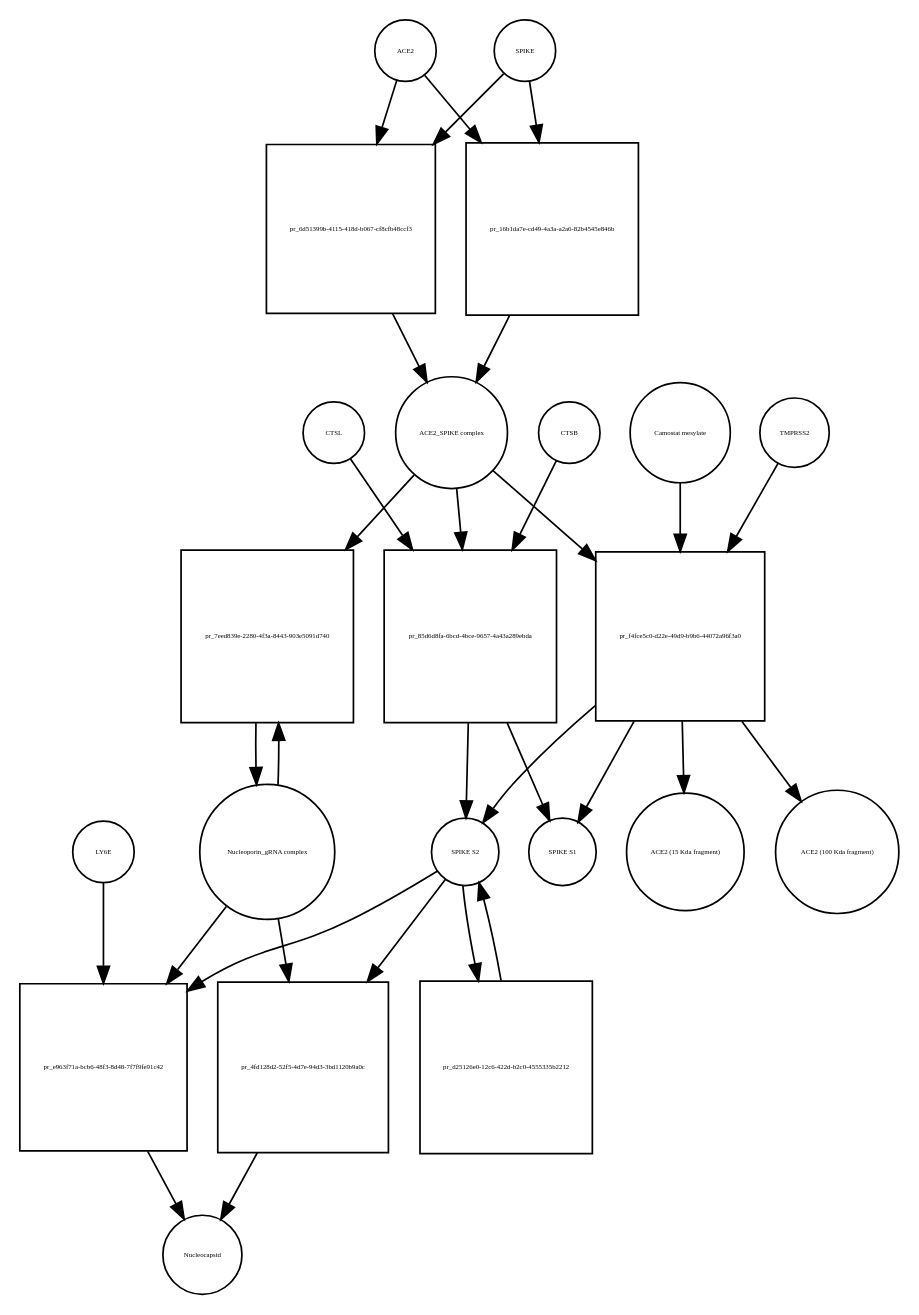
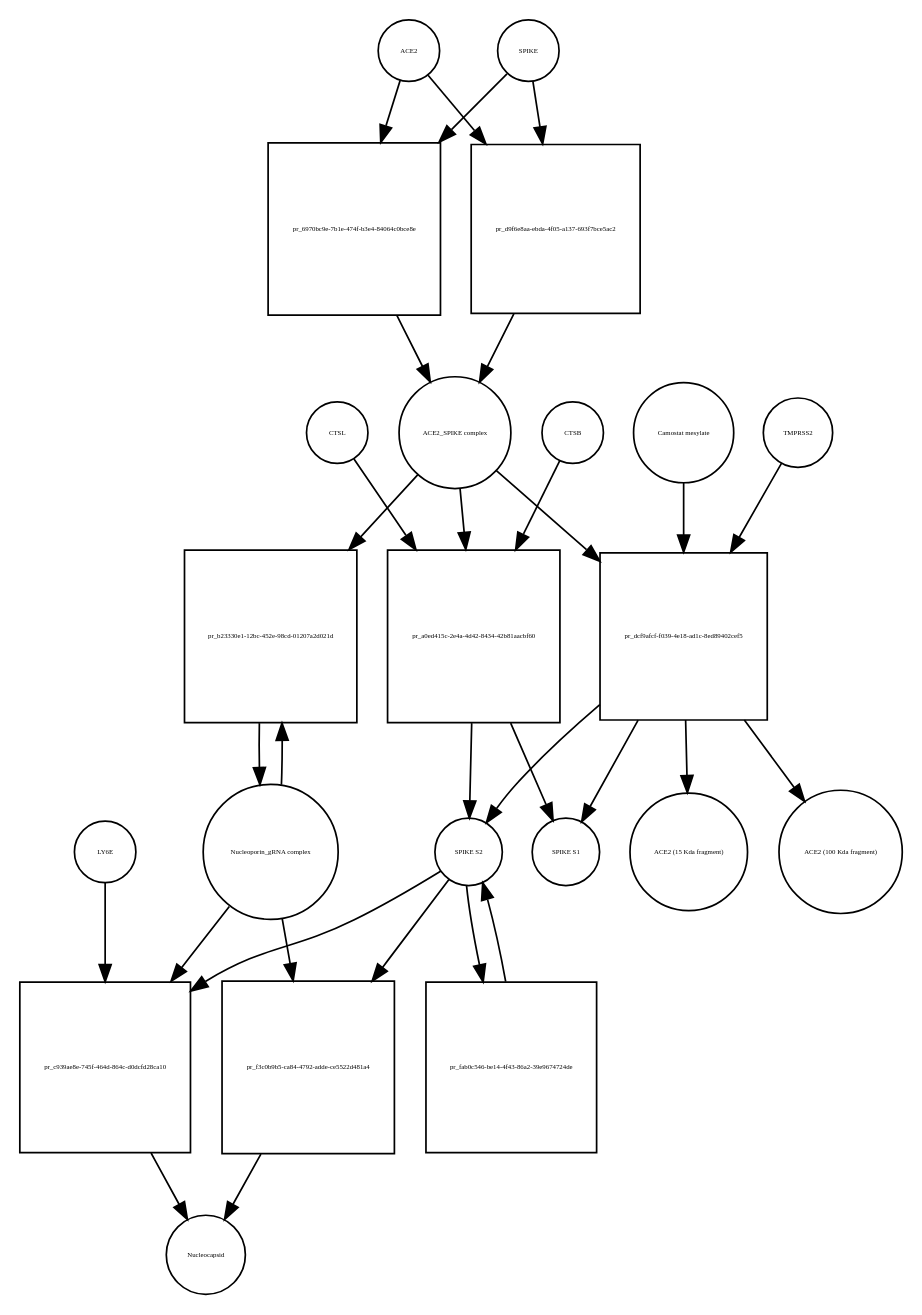
Before and after one commit to cannin/covid19-sbgn: the diagram in Virus_replication_cycle_V02.xml_bipartite.dot, drawn with Graphviz. The commit also changed 637 other files, not shown here.

```diff
--- a/Virus_replication_cycle_V02.xml_bipartite.dot
+++ b/Virus_replication_cycle_V02.xml_bipartite.dot
@@ -1,54 +1,54 @@
 strict digraph  {
 ACE2 [annotation="", bipartite=0, cls=macromolecule, fontsize=4, label=ACE2, shape=circle];
-"pr_6d51399b-4115-418d-b067-cf8cfb48ccf3" [annotation="", bipartite=1, cls=process, fontsize=4, label="pr_6d51399b-4115-418d-b067-cf8cfb48ccf3", shape=square];
+"pr_6970bc9e-7b1e-474f-b3e4-84064c0bce8e" [annotation="", bipartite=1, cls=process, fontsize=4, label="pr_6970bc9e-7b1e-474f-b3e4-84064c0bce8e", shape=square];
 "ACE2_SPIKE complex" [annotation="", bipartite=0, cls=complex, fontsize=4, label="ACE2_SPIKE complex", shape=circle];
 SPIKE [annotation="", bipartite=0, cls="macromolecule multimer", fontsize=4, label=SPIKE, shape=circle];
 "Nucleoporin_gRNA complex " [annotation="", bipartite=0, cls=complex, fontsize=4, label="Nucleoporin_gRNA complex ", shape=circle];
-"pr_7eed839e-2280-4f3a-8443-903e5091d740" [annotation="", bipartite=1, cls=process, fontsize=4, label="pr_7eed839e-2280-4f3a-8443-903e5091d740", shape=square];
-"pr_85d6d8fa-6bcd-4bce-9657-4a43a289ebda" [annotation="", bipartite=1, cls=process, fontsize=4, label="pr_85d6d8fa-6bcd-4bce-9657-4a43a289ebda", shape=square];
+"pr_b23330e1-12bc-452e-98cd-01207a2d021d" [annotation="", bipartite=1, cls=process, fontsize=4, label="pr_b23330e1-12bc-452e-98cd-01207a2d021d", shape=square];
+"pr_a0ed415c-2e4a-4d42-8434-42b81aacbf60" [annotation="", bipartite=1, cls=process, fontsize=4, label="pr_a0ed415c-2e4a-4d42-8434-42b81aacbf60", shape=square];
 "SPIKE S2" [annotation="", bipartite=0, cls=macromolecule, fontsize=4, label="SPIKE S2", shape=circle];
 CTSB [annotation="", bipartite=0, cls=macromolecule, fontsize=4, label=CTSB, shape=circle];
 CTSL [annotation="", bipartite=0, cls=macromolecule, fontsize=4, label=CTSL, shape=circle];
 "SPIKE S1" [annotation="", bipartite=0, cls=macromolecule, fontsize=4, label="SPIKE S1", shape=circle];
-"pr_f4fce5c0-d22e-49d9-b9b6-44072a96f3a0" [annotation="", bipartite=1, cls=process, fontsize=4, label="pr_f4fce5c0-d22e-49d9-b9b6-44072a96f3a0", shape=square];
+"pr_dcf9afcf-f039-4e18-ad1c-8ed89402cef5" [annotation="", bipartite=1, cls=process, fontsize=4, label="pr_dcf9afcf-f039-4e18-ad1c-8ed89402cef5", shape=square];
 TMPRSS2 [annotation="", bipartite=0, cls=macromolecule, fontsize=4, label=TMPRSS2, shape=circle];
 "Camostat mesylate" [annotation="urn_miriam_pubchem.compound_2536", bipartite=0, cls="simple chemical", fontsize=4, label="Camostat mesylate", shape=circle];
 "ACE2 (15 Kda fragment)" [annotation="", bipartite=0, cls=macromolecule, fontsize=4, label="ACE2 (15 Kda fragment)", shape=circle];
 "ACE2 (100 Kda fragment)" [annotation="", bipartite=0, cls=macromolecule, fontsize=4, label="ACE2 (100 Kda fragment)", shape=circle];
-"pr_16b1da7e-cd49-4a3a-a2a6-82b4545e846b" [annotation="", bipartite=1, cls=process, fontsize=4, label="pr_16b1da7e-cd49-4a3a-a2a6-82b4545e846b", shape=square];
-"pr_e963f71a-bcb6-48f3-8d48-7f7f9fe91c42" [annotation="", bipartite=1, cls=process, fontsize=4, label="pr_e963f71a-bcb6-48f3-8d48-7f7f9fe91c42", shape=square];
+"pr_d9f6e8aa-ebda-4f05-a137-693f7bce5ac2" [annotation="", bipartite=1, cls=process, fontsize=4, label="pr_d9f6e8aa-ebda-4f05-a137-693f7bce5ac2", shape=square];
+"pr_c939ae8e-745f-464d-864c-d0dcfd28ca10" [annotation="", bipartite=1, cls=process, fontsize=4, label="pr_c939ae8e-745f-464d-864c-d0dcfd28ca10", shape=square];
 Nucleocapsid [annotation="", bipartite=0, cls=complex, fontsize=4, label=Nucleocapsid, shape=circle];
 LY6E [annotation="", bipartite=0, cls=macromolecule, fontsize=4, label=LY6E, shape=circle];
-"pr_d25126e0-12c6-422d-b2c0-4555335b2212" [annotation="", bipartite=1, cls=process, fontsize=4, label="pr_d25126e0-12c6-422d-b2c0-4555335b2212", shape=square];
-"pr_4fd128d2-52f5-4d7e-94d3-3bd1120b9a0c" [annotation="", bipartite=1, cls=process, fontsize=4, label="pr_4fd128d2-52f5-4d7e-94d3-3bd1120b9a0c", shape=square];
-ACE2 -> "pr_6d51399b-4115-418d-b067-cf8cfb48ccf3"  [annotation="", interaction_type=consumption];
-ACE2 -> "pr_16b1da7e-cd49-4a3a-a2a6-82b4545e846b"  [annotation="", interaction_type=consumption];
-"pr_6d51399b-4115-418d-b067-cf8cfb48ccf3" -> "ACE2_SPIKE complex"  [annotation="", interaction_type=production];
-"ACE2_SPIKE complex" -> "pr_7eed839e-2280-4f3a-8443-903e5091d740"  [annotation="urn_miriam_pubmed_32142651|urn_miriam_pubmed_32094589", interaction_type=stimulation];
-"ACE2_SPIKE complex" -> "pr_85d6d8fa-6bcd-4bce-9657-4a43a289ebda"  [annotation="", interaction_type=consumption];
-"ACE2_SPIKE complex" -> "pr_f4fce5c0-d22e-49d9-b9b6-44072a96f3a0"  [annotation="", interaction_type=consumption];
-SPIKE -> "pr_6d51399b-4115-418d-b067-cf8cfb48ccf3"  [annotation="", interaction_type=consumption];
-SPIKE -> "pr_16b1da7e-cd49-4a3a-a2a6-82b4545e846b"  [annotation="", interaction_type=consumption];
-"Nucleoporin_gRNA complex " -> "pr_7eed839e-2280-4f3a-8443-903e5091d740"  [annotation="", interaction_type=consumption];
-"Nucleoporin_gRNA complex " -> "pr_e963f71a-bcb6-48f3-8d48-7f7f9fe91c42"  [annotation="", interaction_type=consumption];
-"Nucleoporin_gRNA complex " -> "pr_4fd128d2-52f5-4d7e-94d3-3bd1120b9a0c"  [annotation="", interaction_type=consumption];
-"pr_7eed839e-2280-4f3a-8443-903e5091d740" -> "Nucleoporin_gRNA complex "  [annotation="", interaction_type=production];
-"pr_85d6d8fa-6bcd-4bce-9657-4a43a289ebda" -> "SPIKE S2"  [annotation="", interaction_type=production];
-"pr_85d6d8fa-6bcd-4bce-9657-4a43a289ebda" -> "SPIKE S1"  [annotation="", interaction_type=production];
-"SPIKE S2" -> "pr_e963f71a-bcb6-48f3-8d48-7f7f9fe91c42"  [annotation="urn_miriam_doi_10.1101%2F2020.03.05.979260|urn_miriam_doi_10.1101%2F2020.04.02.021469", interaction_type=stimulation];
-"SPIKE S2" -> "pr_d25126e0-12c6-422d-b2c0-4555335b2212"  [annotation="", interaction_type=consumption];
-"SPIKE S2" -> "pr_4fd128d2-52f5-4d7e-94d3-3bd1120b9a0c"  [annotation="", interaction_type=stimulation];
-CTSB -> "pr_85d6d8fa-6bcd-4bce-9657-4a43a289ebda"  [annotation=urn_miriam_pubmed_32142651, interaction_type=catalysis];
-CTSL -> "pr_85d6d8fa-6bcd-4bce-9657-4a43a289ebda"  [annotation=urn_miriam_pubmed_32142651, interaction_type=catalysis];
-"pr_f4fce5c0-d22e-49d9-b9b6-44072a96f3a0" -> "SPIKE S2"  [annotation="", interaction_type=production];
-"pr_f4fce5c0-d22e-49d9-b9b6-44072a96f3a0" -> "SPIKE S1"  [annotation="", interaction_type=production];
-"pr_f4fce5c0-d22e-49d9-b9b6-44072a96f3a0" -> "ACE2 (15 Kda fragment)"  [annotation="", interaction_type=production];
-"pr_f4fce5c0-d22e-49d9-b9b6-44072a96f3a0" -> "ACE2 (100 Kda fragment)"  [annotation="", interaction_type=production];
-TMPRSS2 -> "pr_f4fce5c0-d22e-49d9-b9b6-44072a96f3a0"  [annotation="urn_miriam_pubmed_32142651|urn_miriam_pubmed_32094589|urn_miriam_pubmed_24227843", interaction_type=catalysis];
-"Camostat mesylate" -> "pr_f4fce5c0-d22e-49d9-b9b6-44072a96f3a0"  [annotation="urn_miriam_pubmed_32142651|urn_miriam_pubmed_32094589|urn_miriam_pubmed_24227843", interaction_type=inhibition];
-"pr_16b1da7e-cd49-4a3a-a2a6-82b4545e846b" -> "ACE2_SPIKE complex"  [annotation="", interaction_type=production];
-"pr_e963f71a-bcb6-48f3-8d48-7f7f9fe91c42" -> Nucleocapsid  [annotation="", interaction_type=production];
-LY6E -> "pr_e963f71a-bcb6-48f3-8d48-7f7f9fe91c42"  [annotation="urn_miriam_doi_10.1101%2F2020.03.05.979260|urn_miriam_doi_10.1101%2F2020.04.02.021469", interaction_type=inhibition];
-"pr_d25126e0-12c6-422d-b2c0-4555335b2212" -> "SPIKE S2"  [annotation="", interaction_type=production];
-"pr_4fd128d2-52f5-4d7e-94d3-3bd1120b9a0c" -> Nucleocapsid  [annotation="", interaction_type=production];
+"pr_fab0c546-be14-4f43-86a2-39e9674724de" [annotation="", bipartite=1, cls=process, fontsize=4, label="pr_fab0c546-be14-4f43-86a2-39e9674724de", shape=square];
+"pr_f3c0b9b5-ca84-4792-adde-ce5522d481a4" [annotation="", bipartite=1, cls=process, fontsize=4, label="pr_f3c0b9b5-ca84-4792-adde-ce5522d481a4", shape=square];
+ACE2 -> "pr_6970bc9e-7b1e-474f-b3e4-84064c0bce8e"  [annotation="", interaction_type=consumption];
+ACE2 -> "pr_d9f6e8aa-ebda-4f05-a137-693f7bce5ac2"  [annotation="", interaction_type=consumption];
+"pr_6970bc9e-7b1e-474f-b3e4-84064c0bce8e" -> "ACE2_SPIKE complex"  [annotation="", interaction_type=production];
+"ACE2_SPIKE complex" -> "pr_b23330e1-12bc-452e-98cd-01207a2d021d"  [annotation="urn_miriam_pubmed_32142651|urn_miriam_pubmed_32094589", interaction_type=stimulation];
+"ACE2_SPIKE complex" -> "pr_a0ed415c-2e4a-4d42-8434-42b81aacbf60"  [annotation="", interaction_type=consumption];
+"ACE2_SPIKE complex" -> "pr_dcf9afcf-f039-4e18-ad1c-8ed89402cef5"  [annotation="", interaction_type=consumption];
+SPIKE -> "pr_6970bc9e-7b1e-474f-b3e4-84064c0bce8e"  [annotation="", interaction_type=consumption];
+SPIKE -> "pr_d9f6e8aa-ebda-4f05-a137-693f7bce5ac2"  [annotation="", interaction_type=consumption];
+"Nucleoporin_gRNA complex " -> "pr_b23330e1-12bc-452e-98cd-01207a2d021d"  [annotation="", interaction_type=consumption];
+"Nucleoporin_gRNA complex " -> "pr_c939ae8e-745f-464d-864c-d0dcfd28ca10"  [annotation="", interaction_type=consumption];
+"Nucleoporin_gRNA complex " -> "pr_f3c0b9b5-ca84-4792-adde-ce5522d481a4"  [annotation="", interaction_type=consumption];
+"pr_b23330e1-12bc-452e-98cd-01207a2d021d" -> "Nucleoporin_gRNA complex "  [annotation="", interaction_type=production];
+"pr_a0ed415c-2e4a-4d42-8434-42b81aacbf60" -> "SPIKE S2"  [annotation="", interaction_type=production];
+"pr_a0ed415c-2e4a-4d42-8434-42b81aacbf60" -> "SPIKE S1"  [annotation="", interaction_type=production];
+"SPIKE S2" -> "pr_c939ae8e-745f-464d-864c-d0dcfd28ca10"  [annotation="urn_miriam_doi_10.1101%2F2020.03.05.979260|urn_miriam_doi_10.1101%2F2020.04.02.021469", interaction_type=stimulation];
+"SPIKE S2" -> "pr_fab0c546-be14-4f43-86a2-39e9674724de"  [annotation="", interaction_type=consumption];
+"SPIKE S2" -> "pr_f3c0b9b5-ca84-4792-adde-ce5522d481a4"  [annotation="", interaction_type=stimulation];
+CTSB -> "pr_a0ed415c-2e4a-4d42-8434-42b81aacbf60"  [annotation=urn_miriam_pubmed_32142651, interaction_type=catalysis];
+CTSL -> "pr_a0ed415c-2e4a-4d42-8434-42b81aacbf60"  [annotation=urn_miriam_pubmed_32142651, interaction_type=catalysis];
+"pr_dcf9afcf-f039-4e18-ad1c-8ed89402cef5" -> "SPIKE S2"  [annotation="", interaction_type=production];
+"pr_dcf9afcf-f039-4e18-ad1c-8ed89402cef5" -> "SPIKE S1"  [annotation="", interaction_type=production];
+"pr_dcf9afcf-f039-4e18-ad1c-8ed89402cef5" -> "ACE2 (15 Kda fragment)"  [annotation="", interaction_type=production];
+"pr_dcf9afcf-f039-4e18-ad1c-8ed89402cef5" -> "ACE2 (100 Kda fragment)"  [annotation="", interaction_type=production];
+TMPRSS2 -> "pr_dcf9afcf-f039-4e18-ad1c-8ed89402cef5"  [annotation="urn_miriam_pubmed_32142651|urn_miriam_pubmed_32094589|urn_miriam_pubmed_24227843", interaction_type=catalysis];
+"Camostat mesylate" -> "pr_dcf9afcf-f039-4e18-ad1c-8ed89402cef5"  [annotation="urn_miriam_pubmed_32142651|urn_miriam_pubmed_32094589|urn_miriam_pubmed_24227843", interaction_type=inhibition];
+"pr_d9f6e8aa-ebda-4f05-a137-693f7bce5ac2" -> "ACE2_SPIKE complex"  [annotation="", interaction_type=production];
+"pr_c939ae8e-745f-464d-864c-d0dcfd28ca10" -> Nucleocapsid  [annotation="", interaction_type=production];
+LY6E -> "pr_c939ae8e-745f-464d-864c-d0dcfd28ca10"  [annotation="urn_miriam_doi_10.1101%2F2020.03.05.979260|urn_miriam_doi_10.1101%2F2020.04.02.021469", interaction_type=inhibition];
+"pr_fab0c546-be14-4f43-86a2-39e9674724de" -> "SPIKE S2"  [annotation="", interaction_type=production];
+"pr_f3c0b9b5-ca84-4792-adde-ce5522d481a4" -> Nucleocapsid  [annotation="", interaction_type=production];
 }
```
